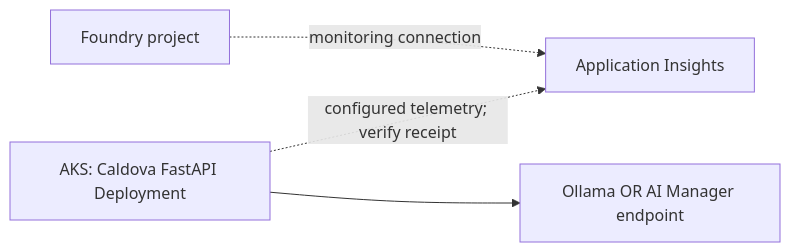
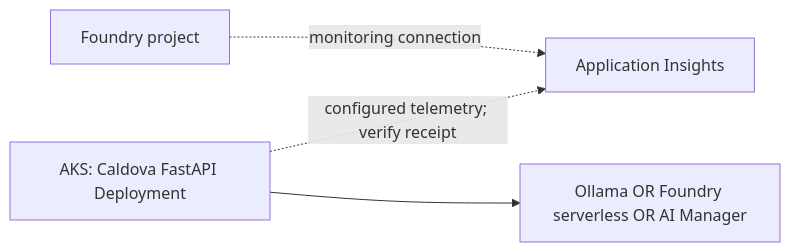
One commit to rutgerpels/ignite-aks-ai-foundry changed the diagram in docs/portal/03-foundry-aks-compute.md. Above: the diagram before and after it, drawn with Mermaid. The commit also changed other lines of this file and 12 other files, not shown here.

Commit message:
Add Foundry serverless inference option

````diff
--- a/docs/portal/03-foundry-aks-compute.md
+++ b/docs/portal/03-foundry-aks-compute.md
@@ -27,6 +27,6 @@
 ```mermaid
 flowchart LR
     P["Foundry project"] -. "monitoring connection" .-> T["Application Insights"]
-    K["AKS: Caldova FastAPI Deployment"] --> M["Ollama OR AI Manager endpoint"]
+    K["AKS: Caldova FastAPI Deployment"] --> M["Ollama OR Foundry serverless OR AI Manager"]
     K -. "configured telemetry; verify receipt" .-> T
 ```
````
